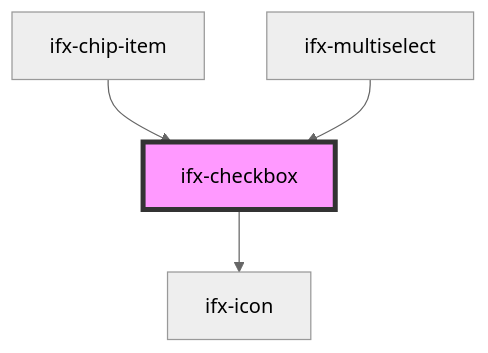
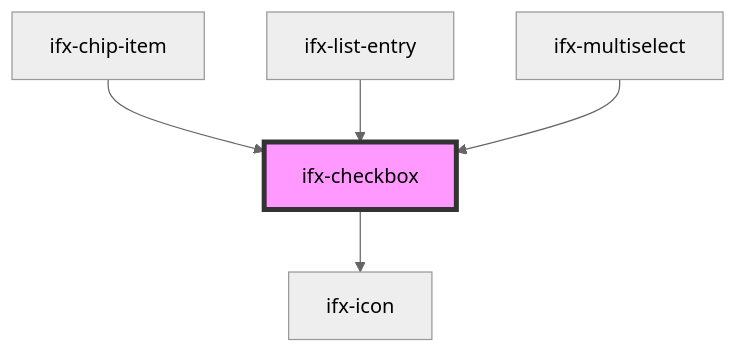
The diagram in packages/components/src/components/checkbox/readme.md (Infineon/infineon-design-system-stencil), drawn with Mermaid (neutral theme) before and after one commit. The commit also changed other lines of this file and 18 other files, not shown here.

````diff
--- a/packages/components/src/components/checkbox/readme.md
+++ b/packages/components/src/components/checkbox/readme.md
@@ -57,7 +58,8 @@
 ```mermaid
 graph TD;
   ifx-checkbox --> ifx-icon
   ifx-chip-item --> ifx-checkbox
+  ifx-list-entry --> ifx-checkbox
   ifx-multiselect --> ifx-checkbox
   style ifx-checkbox fill:#f9f,stroke:#333,stroke-width:4px
 ```
````
